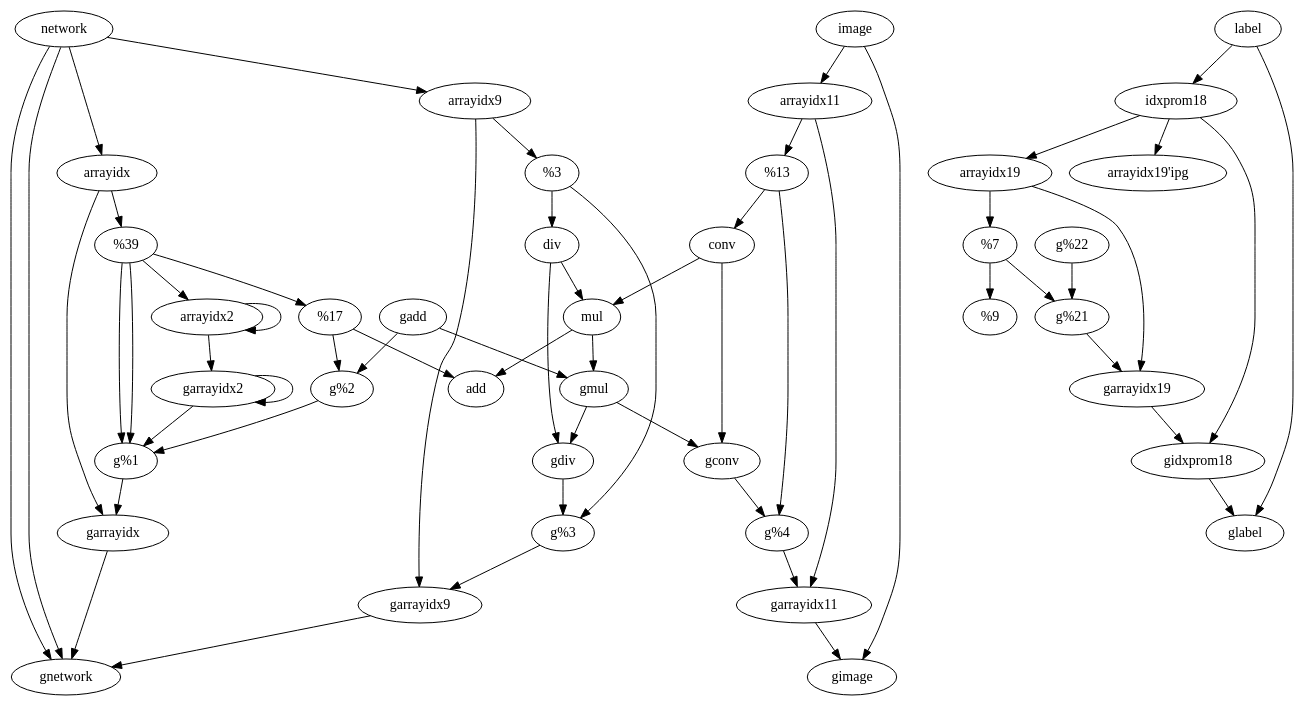
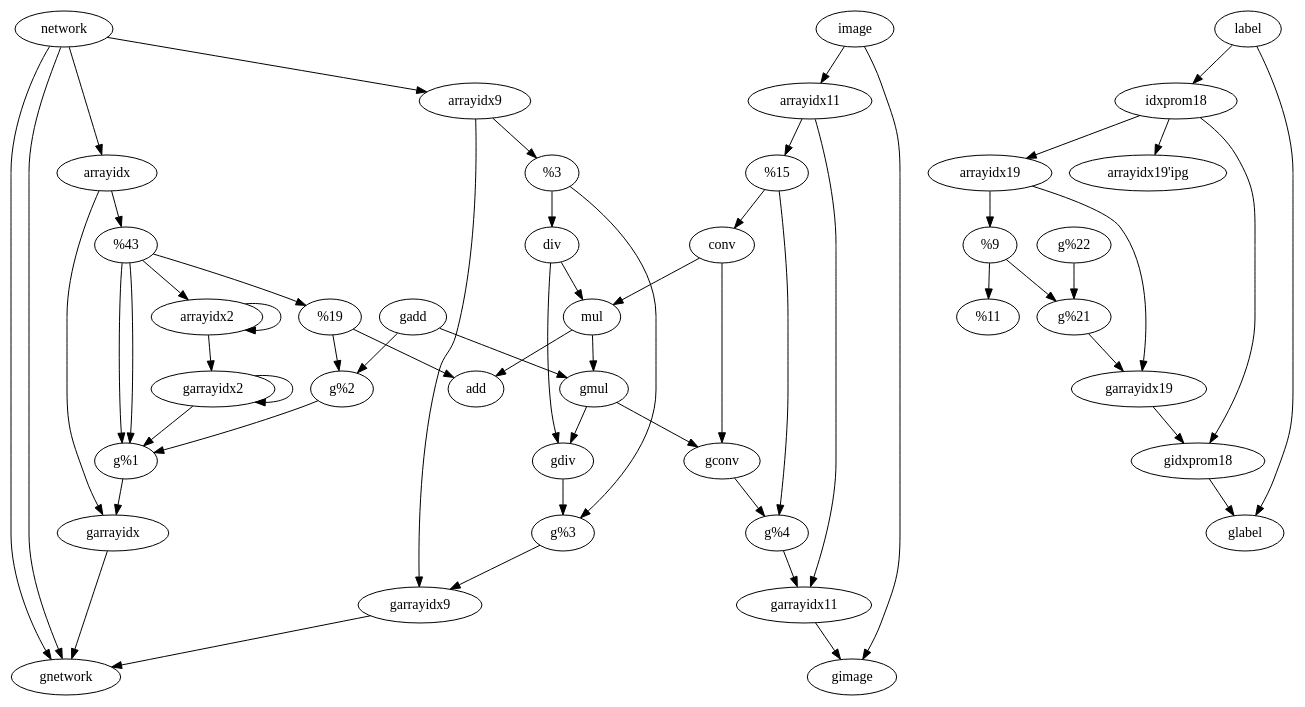
One commit to sfu-arch/Enzyme changed the diagram in enzyme/benchmarks/nn/forward_and_reverse.dot. Above: the diagram before and after it, drawn with Graphviz. The commit also changed other lines of this file and 23 other files, not shown here.

```diff
--- a/enzyme/benchmarks/nn/forward_and_reverse.dot
+++ b/enzyme/benchmarks/nn/forward_and_reverse.dot
@@ -1,64 +1,64 @@
 digraph G {
 	subgraph Forward {
 		"%3" -> "div"
+		"conv" -> "mul"
 		"%21" -> "%22"
 		"%4" -> "conv"
 		"%2" -> "add"
+		"arrayidx2" -> "arrayidx2"
 		"arrayidx9" -> "%3"
 		"arrayidx19" -> "%21"
+		"div" -> "mul"
 		"mul" -> "add"
-		"arrayidx2" -> "arrayidx2"
 		"arrayidx11" -> "%4"
 		"image" -> "arrayidx11"
 		"network" -> "arrayidx9"
 		"network" -> "arrayidx"
 		"label" -> "idxprom18"
 		"arrayidx" -> "%1"
+		"idxprom18" -> "arrayidx19'ipg"
+		"idxprom18" -> "arrayidx19"
 		"%1" -> "%2"
 		"%1" -> "arrayidx2"
-		"conv" -> "mul"
-		"idxprom18" -> "arrayidx19'ipg"
-		"idxprom18" -> "arrayidx19"
-		"div" -> "mul"
 	}
 	subgraph Reverse {
 		"g%3" -> "garrayidx9"
 		"arrayidx9" -> "garrayidx9"
+		"gconv" -> "g%4"
+		"%4" -> "g%4"
 		"g%21" -> "garrayidx19"
 		"arrayidx19" -> "garrayidx19"
 		"g%4" -> "garrayidx11"
 		"arrayidx11" -> "garrayidx11"
 		"g%2" -> "g%1"
 		"%1" -> "g%1"
+		"garrayidx2" -> "g%1"
+		"%1" -> "g%1"
+		"garrayidx2" -> "garrayidx2"
+		"arrayidx2" -> "garrayidx2"
 		"garrayidx9" -> "gnetwork"
 		"network" -> "gnetwork"
 		"garrayidx19" -> "gidxprom18"
 		"idxprom18" -> "gidxprom18"
 		"g%22" -> "g%21"
 		"%21" -> "g%21"
+		"gdiv" -> "g%3"
+		"%3" -> "g%3"
+		"gmul" -> "gdiv"
+		"div" -> "gdiv"
 		"gmul" -> "gconv"
 		"conv" -> "gconv"
-		"gmul" -> "gdiv"
-		"div" -> "gdiv"
-		"garrayidx2" -> "g%1"
-		"%1" -> "g%1"
-		"garrayidx2" -> "garrayidx2"
-		"arrayidx2" -> "garrayidx2"
 		"garrayidx11" -> "gimage"
 		"image" -> "gimage"
-		"garrayidx" -> "gnetwork"
-		"network" -> "gnetwork"
-		"g%1" -> "garrayidx"
-		"arrayidx" -> "garrayidx"
-		"gconv" -> "g%4"
-		"%4" -> "g%4"
-		"gidxprom18" -> "glabel"
-		"label" -> "glabel"
-		"gdiv" -> "g%3"
-		"%3" -> "g%3"
 		"gadd" -> "gmul"
 		"mul" -> "gmul"
 		"gadd" -> "g%2"
 		"%2" -> "g%2"
+		"garrayidx" -> "gnetwork"
+		"network" -> "gnetwork"
+		"gidxprom18" -> "glabel"
+		"label" -> "glabel"
+		"g%1" -> "garrayidx"
+		"arrayidx" -> "garrayidx"
 	}
 }
```
